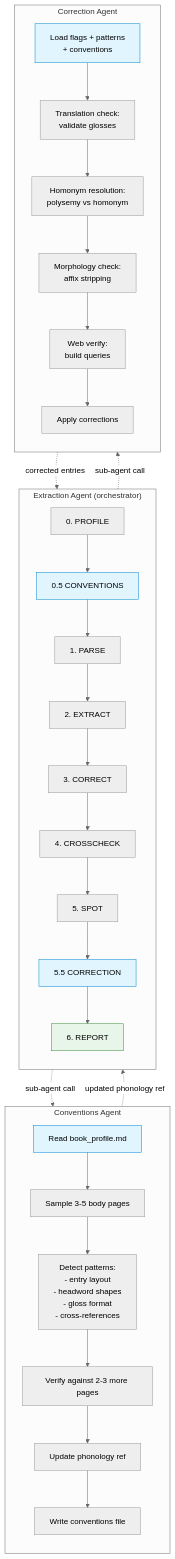
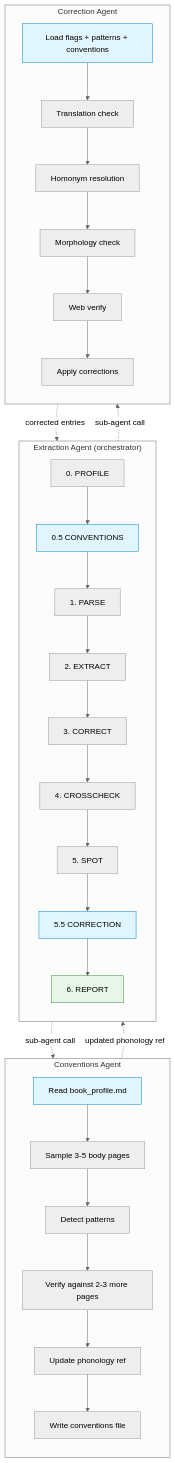
Before and after one commit to masdevid/nusantara-corpus-extractor: the first of 2 diagrams in docs/diagrams/agents.md, drawn with Mermaid (neutral theme). The commit also changed other lines of this file and 3 other files, not shown here.

First line of the commit message:
Fix Mermaid diagram rendering: inline in README, clean up diagram files

````diff
--- a/docs/diagrams/agents.md
+++ b/docs/diagrams/agents.md
@@ -5,44 +5,44 @@
 ```mermaid
 flowchart TD
-    subgraph "Extraction Agent (orchestrator)"
+    subgraph EA["Extraction Agent (orchestrator)"]
         direction TB
         S0["0. PROFILE"] --> S05["0.5 CONVENTIONS"]
         S05 --> S1["1. PARSE"]
         S1 --> S2["2. EXTRACT"]
         S2 --> S3["3. CORRECT"]
         S3 --> S4["4. CROSSCHECK"]
         S4 --> S5["5. SPOT"]
         S5 --> S55["5.5 CORRECTION"]
         S55 --> S6["6. REPORT"]
     end
 
-    subgraph "Conventions Agent"
+    subgraph CA["Conventions Agent"]
         direction TB
         CA1["Read book_profile.md"] --> CA2["Sample 3-5 body pages"]
-        CA2 --> CA3["Detect patterns:\n- entry layout\n- headword shapes\n- gloss format\n- cross-references"]
+        CA2 --> CA3["Detect patterns"]
         CA3 --> CA4["Verify against 2-3 more pages"]
         CA4 --> CA5["Update phonology ref"]
         CA5 --> CA6["Write conventions file"]
     end
 
-    subgraph "Correction Agent"
+    subgraph CO["Correction Agent"]
         direction TB
-        CO1["Load flags + patterns\n+ conventions"] --> CO2["Translation check:\nvalidate glosses"]
-        CO2 --> CO3["Homonym resolution:\npolysemy vs homonym"]
-        CO3 --> CO4["Morphology check:\naffix stripping"]
-        CO4 --> CO5["Web verify:\nbuild queries"]
+        CO1["Load flags + patterns + conventions"] --> CO2["Translation check"]
+        CO2 --> CO3["Homonym resolution"]
+        CO3 --> CO4["Morphology check"]
+        CO4 --> CO5["Web verify"]
         CO5 --> CO6["Apply corrections"]
     end
 
     S05 -.->|"sub-agent call"| CA1
     S55 -.->|"sub-agent call"| CO1
 
     CA6 -.->|"updated phonology ref"| S1
     CO6 -.->|"corrected entries"| S6
 
     style S05 fill:#e1f5fe,stroke:#0288d1
     style S55 fill:#e1f5fe,stroke:#0288d1
     style CA1 fill:#e1f5fe,stroke:#0288d1
     style CO1 fill:#e1f5fe,stroke:#0288d1
     style S6 fill:#e8f5e9,stroke:#388e3c
 ```
````
